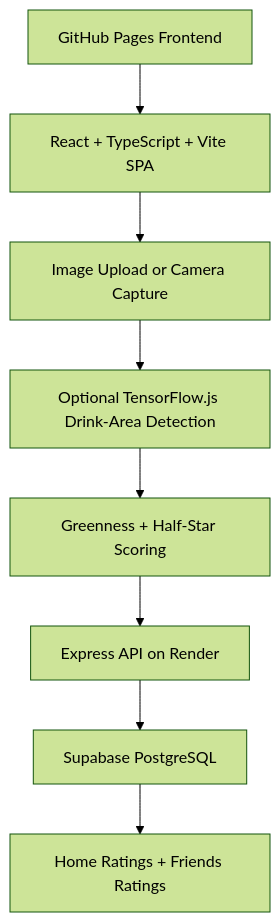
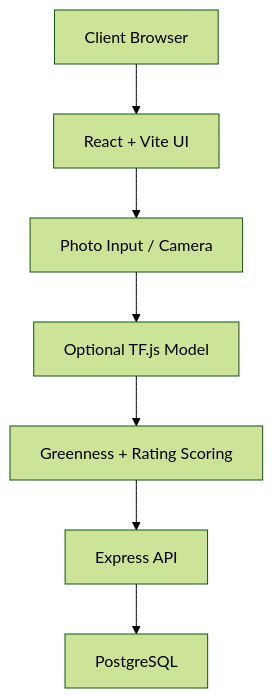
Before and after one commit to allyyim/matchaRatings: the first of 2 diagrams in README.md, drawn with Mermaid (forest theme). The commit also changed other lines of this file and 3 other files, not shown here.

````diff
--- a/README.md
+++ b/README.md
@@ -9,19 +18,17 @@
 ```mermaid
 flowchart TD
-   A[GitHub Pages Frontend]
-   B[React + TypeScript + Vite SPA]
-   C[Image Upload or Camera Capture]
-   D[Optional TensorFlow.js Drink-Area Detection]
-   E[Greenness + Half-Star Scoring]
-   F[Express API on Render]
-   G[Supabase PostgreSQL]
-   H[Home Ratings + Friends Ratings]
+   A[Client Browser]
+   B[React + Vite UI]
+   C[Photo Input / Camera]
+   D[Optional TF.js Model]
+   E[Greenness + Rating Scoring]
+   F[Express API]
+   G[PostgreSQL]
 
    A --> B
    B --> C
    C --> D
    D --> E
    E --> F
    F --> G
-   G --> H
 ```
````
